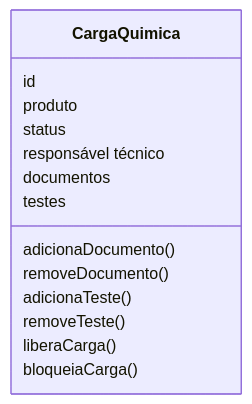
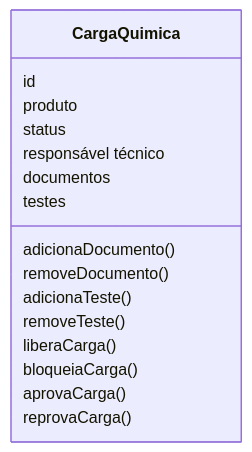
One commit to TechChallengeFiap/Quimovia changed the first of 2 diagrams in docs/cargas-quimicas/02-modelagem-com-ddd.md. Above: the diagram before and after it, drawn with Mermaid. The commit also changed other lines of this file, not shown here.

Commit message:
docs: adiciona métodos de aprovação e reprovação na modelagem da carga química e inclui novo status de inspeção

````diff
--- a/docs/cargas-quimicas/02-modelagem-com-ddd.md
+++ b/docs/cargas-quimicas/02-modelagem-com-ddd.md
@@ -15,15 +15,17 @@
 ```mermaid
 classDiagram
         CargaQuimica : id
         CargaQuimica : produto
         CargaQuimica: status
         CargaQuimica: responsável técnico
         CargaQuimica: documentos
         CargaQuimica: testes
         CargaQuimica: adicionaDocumento()
         CargaQuimica: removeDocumento()
         CargaQuimica: adicionaTeste()
         CargaQuimica: removeTeste()
         CargaQuimica: liberaCarga()
         CargaQuimica: bloqueiaCarga()
+        CargaQuimica: aprovaCarga()
+        CargaQuimica: reprovaCarga()
 ```
````
